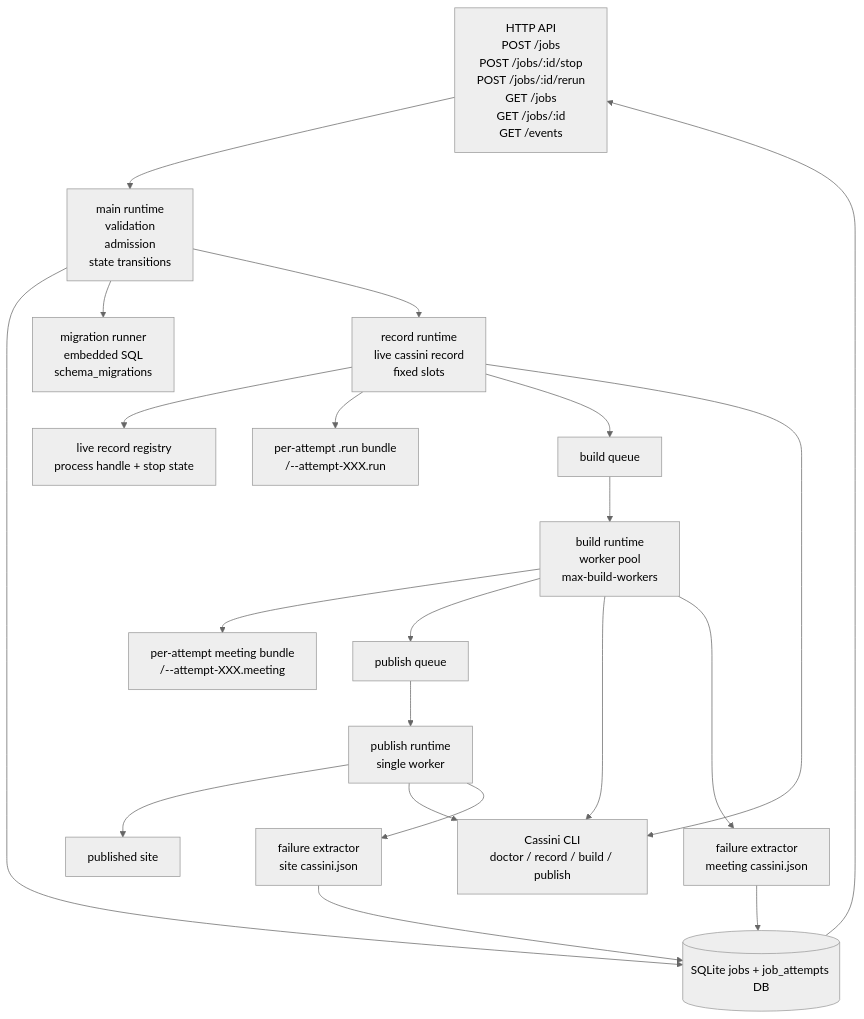
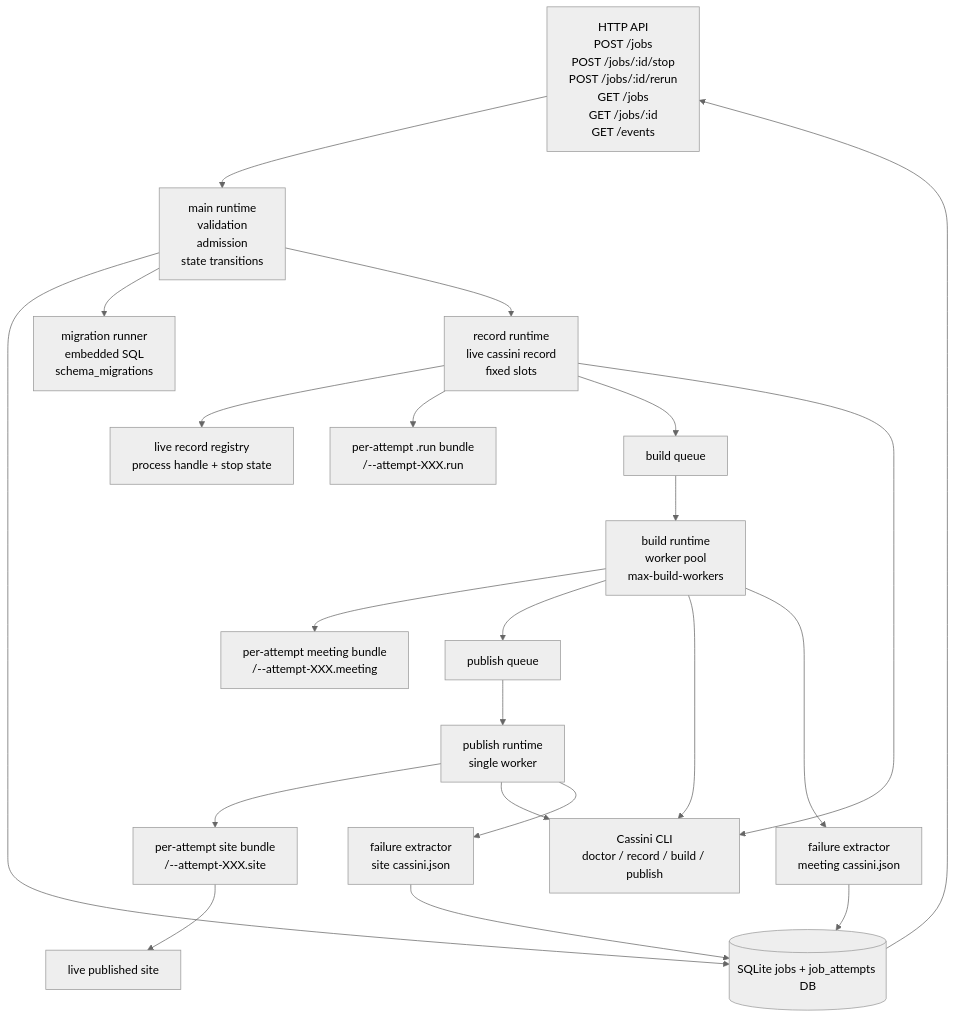
Before and after one commit to codemyriad/gocassini: the first of 7 diagrams in cassini-operator/README.md, drawn with Mermaid (neutral theme). The commit also changed other lines of this file and 11 other files, not shown here.

Commit message:
D-281 impl: * retain attempt-local .site bundles under runs and promote successful live site from them * keep live-site lineage in cassini.json and preserve the previous deployment on failed reruns * update operator shaping, docs, and tests for retained site artifacts

````diff
--- a/cassini-operator/README.md
+++ b/cassini-operator/README.md
@@ -38,28 +38,29 @@
 ```mermaid
 flowchart TD
   HTTP["HTTP API\nPOST /jobs\nPOST /jobs/:id/stop\nPOST /jobs/:id/rerun\nGET /jobs\nGET /jobs/:id\nGET /events"] --> RT["main runtime\nvalidation\nadmission\nstate transitions"]
   RT --> DB[("SQLite jobs + job_attempts DB")]
   RT --> MIG["migration runner\nembedded SQL\nschema_migrations"]
 
   RT --> REC["record runtime\nlive cassini record\nfixed slots"]
   REC --> REG["live record registry\nprocess handle + stop state"]
   REC --> RUN["per-attempt .run bundle\n<work-root>/<job-id>--attempt-XXX.run"]
   REC --> BQ["build queue"]
 
   BQ --> BUILD["build runtime\nworker pool\nmax-build-workers"]
   BUILD --> MEET["per-attempt meeting bundle\n<work-root>/<job-id>--attempt-XXX.meeting"]
   BUILD --> PQ["publish queue"]
 
   PQ --> PUB["publish runtime\nsingle worker"]
-  PUB --> SITE["published site\n<site-root>"]
+  PUB --> PSITE["per-attempt site bundle\n<work-root>/<job-id>--attempt-XXX.site"]
+  PSITE --> SITE["live published site\n<site-root>"]
 
   REC --> CLI["Cassini CLI\ndoctor / record / build / publish"]
   BUILD --> CLI
   PUB --> CLI
 
   BUILD --> MAN1["failure extractor\nmeeting cassini.json"]
   PUB --> MAN2["failure extractor\nsite cassini.json"]
   MAN1 --> DB
   MAN2 --> DB
   DB --> HTTP
 ```
````
